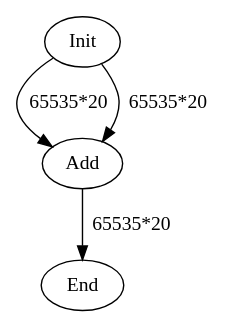
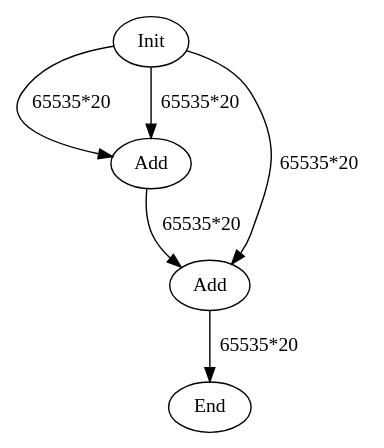
The diagram in data/graph_poly.dot (hal-lab-u-tokyo/PolyFHE), drawn with Graphviz before and after one commit. The commit also changed 2 other files, not shown here.

```diff
--- a/data/graph_poly.dot
+++ b/data/graph_poly.dot
@@ -1,8 +1,11 @@
 digraph G {
 Init[label="Init"];
 Add0[label="Add"];
+Add1[label="Add"];
 End[label="End"];
 Init -> Add0[label="65535*20"];
 Init -> Add0[label="65535*20"];
-Add0 -> End[label="65535*20"];
+Init -> Add1[label="65535*20"];
+Add0 -> Add1[label="65535*20"];
+Add1 -> End[label="65535*20"];
 }
```
